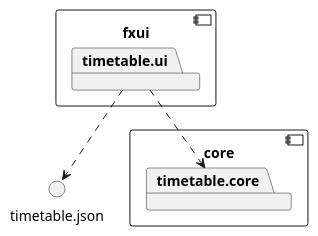
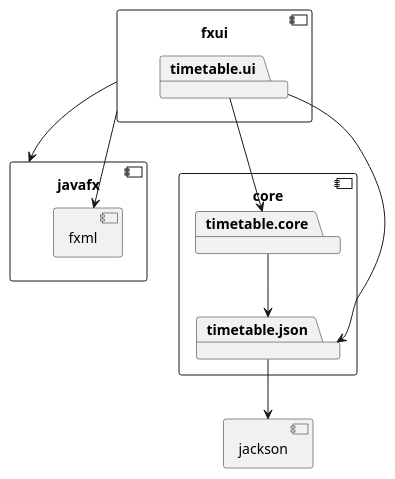
The diagram in timetable/architecture.puml (Aelxnadre72/timetable), drawn with PlantUML before and after one commit. The commit also changed 2 other files, not shown here.

```diff
--- a/timetable/architecture.puml
+++ b/timetable/architecture.puml
@@ -1,14 +1,30 @@
 @startuml
 
 component core{
     package timetable.core
+    package timetable.json
 }
 
-component fxui{
+timetable.core --> timetable.json
+
+component jackson {
+    timetable.json --> jackson
+}
+
+component fxui {
     package timetable.ui
 }
 
-timetable.ui ..> timetable.core
-timetable.ui ..> timetable.json
+timetable.ui --> timetable.core
+timetable.ui --> timetable.json
+
+component javafx { 
+    component fxml{
+
+    }
+}
+
+fxui --> javafx
+fxui --> fxml
 
 @enduml
```
